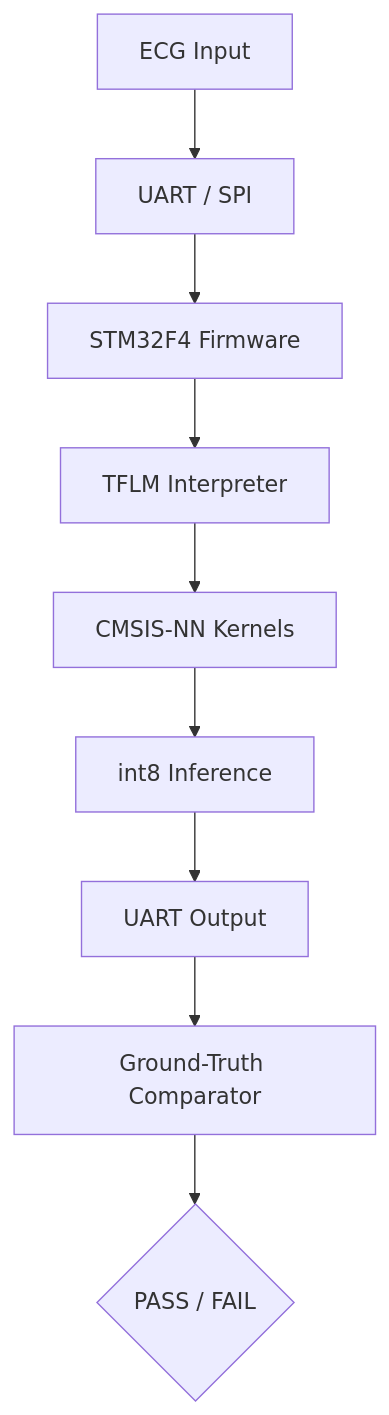
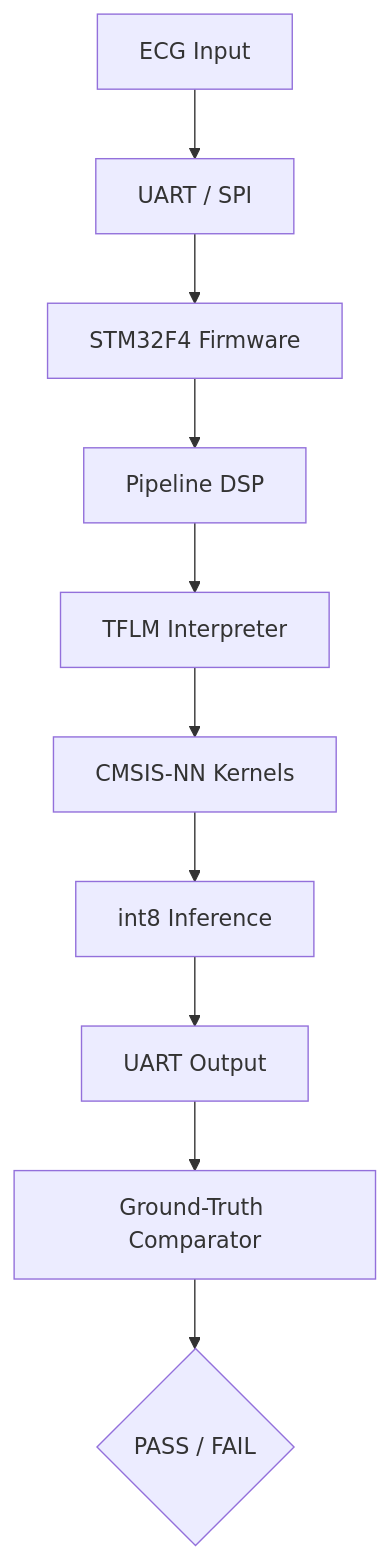
Before and after one commit to Douglas0101/project-lewis: the diagram in README.md, drawn with Mermaid. The commit also changed other lines of this file and 12 other files, not shown here.

````diff
--- a/README.md
+++ b/README.md
@@ -25,11 +26,12 @@
 ```mermaid
 flowchart TD
     A[ECG Input] --> B[UART / SPI]
     B --> C[STM32F4 Firmware]
-    C --> D[TFLM Interpreter]
-    D --> E[CMSIS-NN Kernels]
-    E --> F[int8 Inference]
-    F --> G[UART Output]
-    G --> H[Ground-Truth Comparator]
-    H --> I{PASS / FAIL}
+    C --> D[Pipeline DSP]
+    D --> E[TFLM Interpreter]
+    E --> F[CMSIS-NN Kernels]
+    F --> G[int8 Inference]
+    G --> H[UART Output]
+    H --> I[Ground-Truth Comparator]
+    I --> J{PASS / FAIL}
 ```
````
